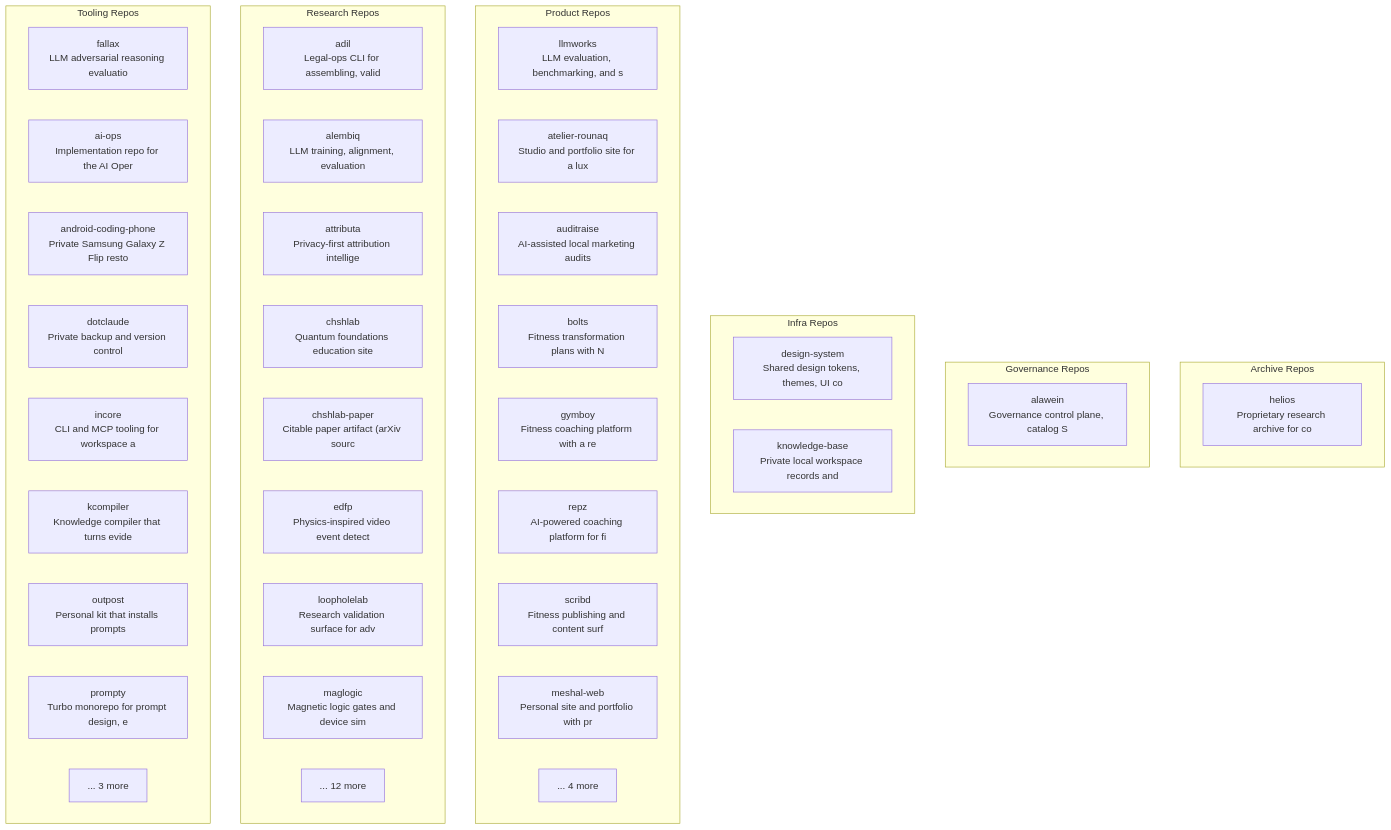
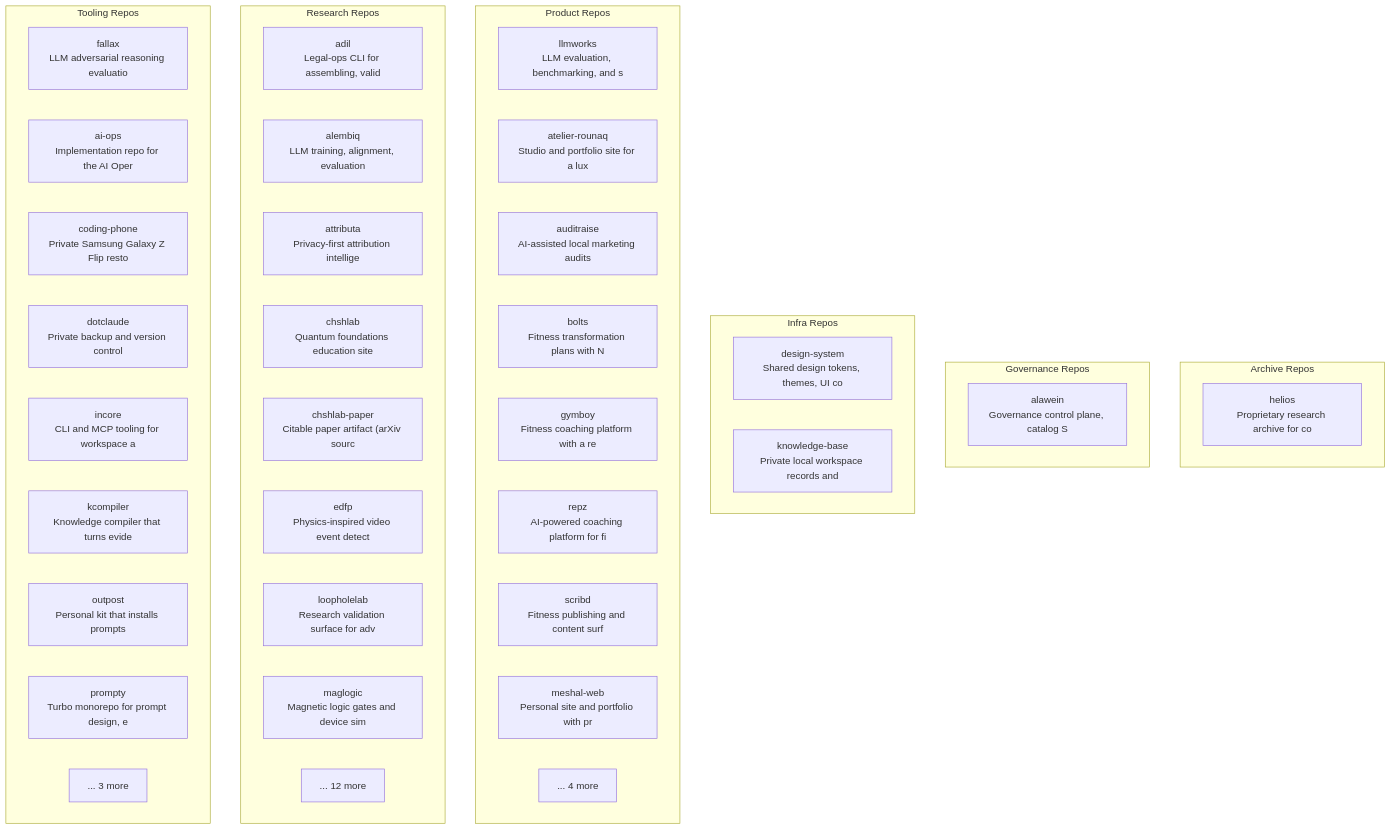
The second of 6 diagrams in docs/architecture.md (alawein/alawein), drawn with Mermaid before and after one commit. The commit also changed other lines of this file and 14 other files, not shown here.

Commit message:
chore: workspace cleanup scout apply and catalog coding-phone (#276)

````diff
--- a/docs/architecture.md
+++ b/docs/architecture.md
@@ -64,46 +64,46 @@
 ```mermaid
 graph TB
   subgraph archive["Archive Repos"]
     helios["helios\nProprietary research archive for co"]
   end
   subgraph governance["Governance Repos"]
     alawein["alawein\nGovernance control plane, catalog S"]
   end
   subgraph infra["Infra Repos"]
     design_system["design-system\nShared design tokens, themes, UI co"]
     knowledge_base["knowledge-base\nPrivate local workspace records and"]
   end
   subgraph product["Product Repos"]
     llmworks["llmworks\nLLM evaluation, benchmarking, and s"]
     atelier_rounaq["atelier-rounaq\nStudio and portfolio site for a lux"]
     auditraise["auditraise\nAI-assisted local marketing audits "]
     bolts["bolts\nFitness transformation plans with N"]
     gymboy["gymboy\nFitness coaching platform with a re"]
     repz["repz\nAI-powered coaching platform for fi"]
     scribd["scribd\nFitness publishing and content surf"]
     meshal_web["meshal-web\nPersonal site and portfolio with pr"]
     more_product["... 4 more"]
   end
   subgraph research["Research Repos"]
     adil["adil\nLegal-ops CLI for assembling, valid"]
     alembiq["alembiq\nLLM training, alignment, evaluation"]
     attributa["attributa\nPrivacy-first attribution intellige"]
     chshlab["chshlab\nQuantum foundations education site "]
     chshlab_paper["chshlab-paper\nCitable paper artifact (arXiv sourc"]
     edfp["edfp\nPhysics-inspired video event detect"]
     loopholelab["loopholelab\nResearch validation surface for adv"]
     maglogic["maglogic\nMagnetic logic gates and device sim"]
     more_research["... 12 more"]
   end
   subgraph tooling["Tooling Repos"]
     fallax["fallax\nLLM adversarial reasoning evaluatio"]
     ai_ops["ai-ops\nImplementation repo for the AI Oper"]
-    android_coding_phone["android-coding-phone\nPrivate Samsung Galaxy Z Flip resto"]
+    coding_phone["coding-phone\nPrivate Samsung Galaxy Z Flip resto"]
     dotclaude["dotclaude\nPrivate backup and version control "]
     incore["incore\nCLI and MCP tooling for workspace a"]
     kcompiler["kcompiler\nKnowledge compiler that turns evide"]
     outpost["outpost\nPersonal kit that installs prompts "]
     prompty["prompty\nTurbo monorepo for prompt design, e"]
     more_tooling["... 3 more"]
   end
 ```
````
